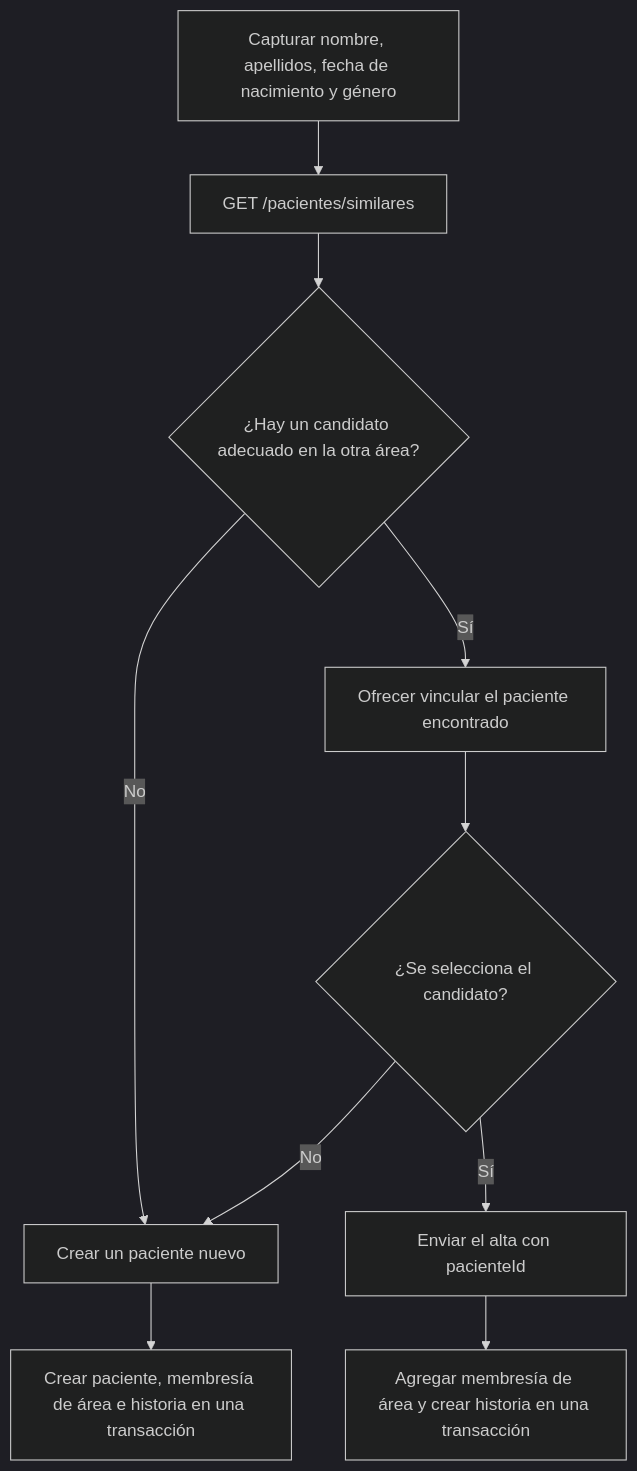
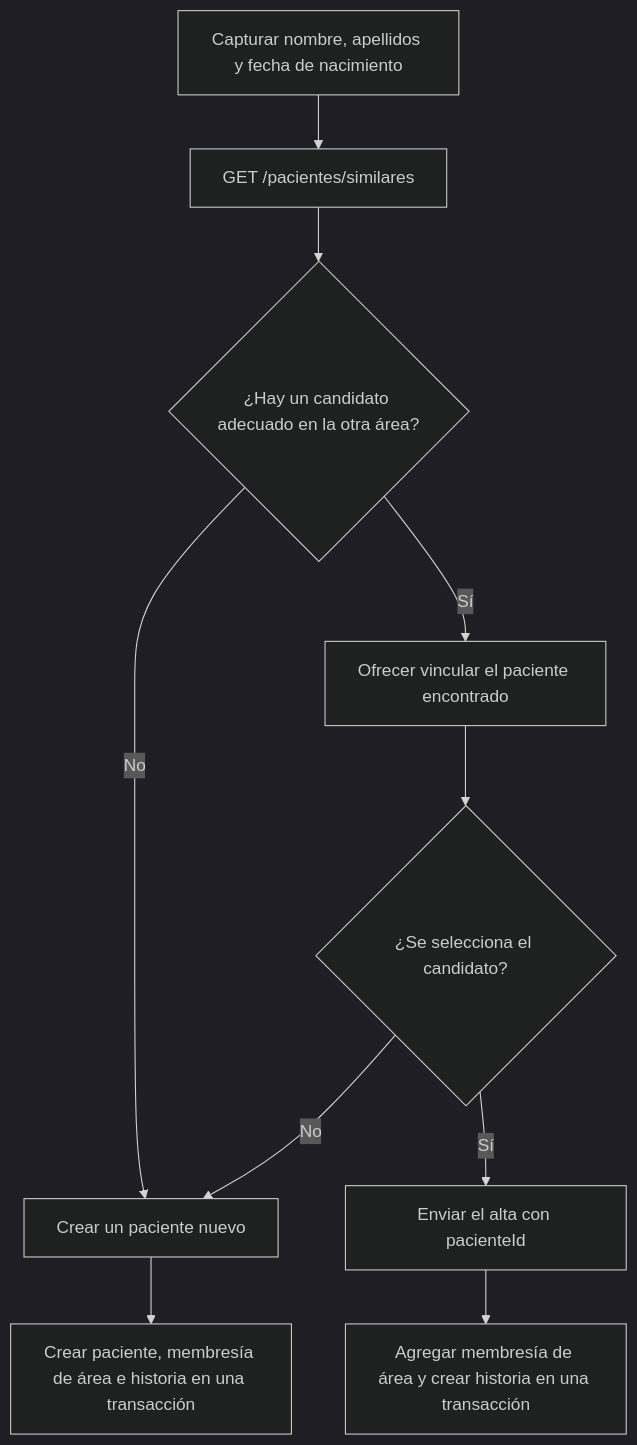
The second of 5 diagrams in docs/08-flujos-clave.md (santi-rdz/cais-uabc), drawn with Mermaid (dark theme) before and after one commit. The commit also changed other lines of this file and 19 other files, not shown here.

````diff
--- a/docs/08-flujos-clave.md
+++ b/docs/08-flujos-clave.md
@@ -53,12 +53,12 @@
 ```mermaid
 flowchart TD
-    A["Capturar nombre, apellidos, fecha de nacimiento y género"] --> B["GET /pacientes/similares"]
+    A["Capturar nombre, apellidos y fecha de nacimiento"] --> B["GET /pacientes/similares"]
     B --> C{"¿Hay un candidato adecuado en la otra área?"}
     C -->|No| D["Crear un paciente nuevo"]
     C -->|Sí| E["Ofrecer vincular el paciente encontrado"]
     E --> F{"¿Se selecciona el candidato?"}
     F -->|No| D
     F -->|Sí| G["Enviar el alta con pacienteId"]
     D --> H["Crear paciente, membresía de área e historia en una transacción"]
     G --> I["Agregar membresía de área y crear historia en una transacción"]
 ```
````
